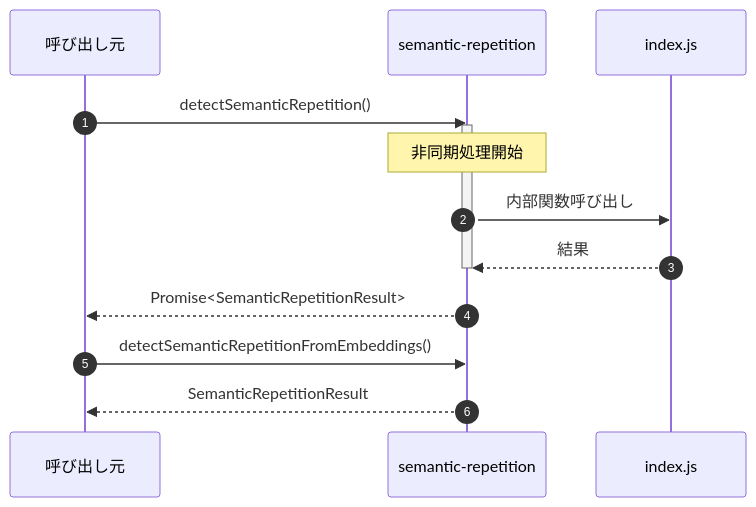
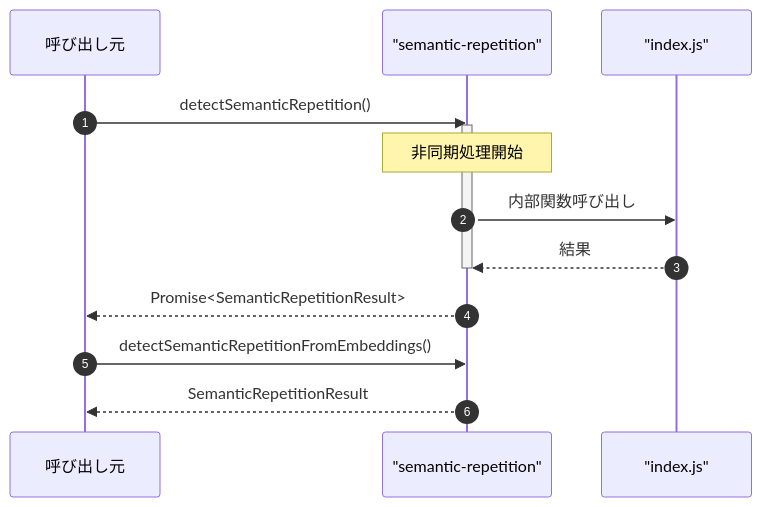
Before and after one commit to Mekann2904/mekann: the fourth of 4 diagrams in ABDD/.pi/lib/semantic-repetition.md, drawn with Mermaid. The commit also changed other lines of this file and 152 other files, not shown here.

First line of the commit message:
fix: Mermaid図のラベル内の特殊文字をエスケープする

````diff
--- a/ABDD/.pi/lib/semantic-repetition.md
+++ b/ABDD/.pi/lib/semantic-repetition.md
@@ -98,18 +98,18 @@
 ```mermaid
 sequenceDiagram
   autonumber
   participant Caller as 呼び出し元
-  participant semantic_repetition as semantic-repetition
-  participant index_js as index.js
+  participant semantic_repetition as "semantic-repetition"
+  participant index_js as "index.js"
 
   Caller->>semantic_repetition: detectSemanticRepetition()
   activate semantic_repetition
   Note over semantic_repetition: 非同期処理開始
   semantic_repetition->>index_js: 内部関数呼び出し
   index_js-->>semantic_repetition: 結果
   deactivate semantic_repetition
   semantic_repetition-->>Caller: Promise<SemanticRepetitionResult>
 
   Caller->>semantic_repetition: detectSemanticRepetitionFromEmbeddings()
   semantic_repetition-->>Caller: SemanticRepetitionResult
 ```
````
